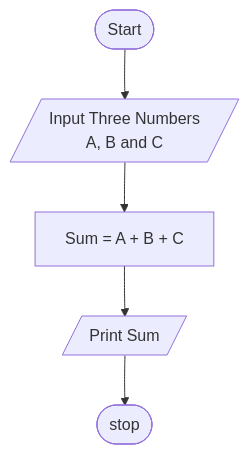
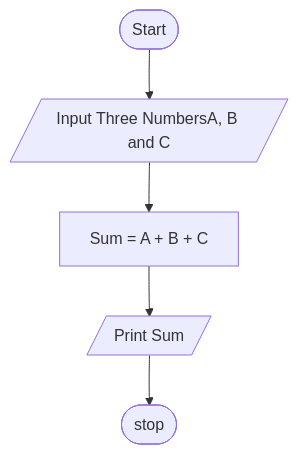
Before and after one commit to zk-007/AutiStudy-App: the eighth of 25 diagrams in frontend/books_mds/Grade 7/comp/comp_7.md, drawn with Mermaid. The commit also changed other lines of this file and 12 other files, not shown here.

````diff
--- a/frontend/books_mds/Grade 7/comp/comp_7.md
+++ b/frontend/books_mds/Grade 7/comp/comp_7.md
@@ -2686,7 +2545,7 @@
 ```mermaid
-flowchart TD
-    Start([Start]) --> Input[/Input Three Numbers<br/>A, B and C/]
-    Input --> Process[Sum = A + B + C]
-    Process --> Print[/Print Sum/]
-    Print --> Stop([stop])
+graph TD
+    H([Start]) --> I[/Input Three NumbersA, B and C/]
+    I --> J[Sum = A + B + C]
+    J --> K[/Print Sum/]
+    K --> L([stop])
 ```
````
